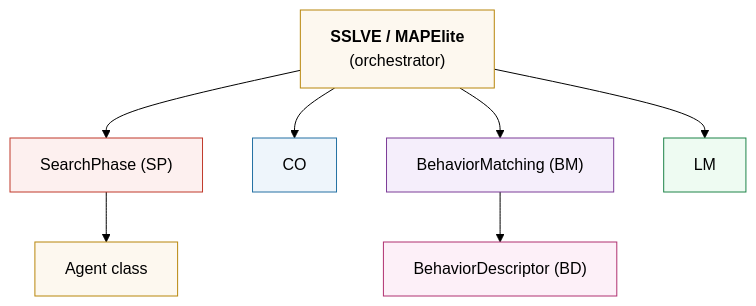
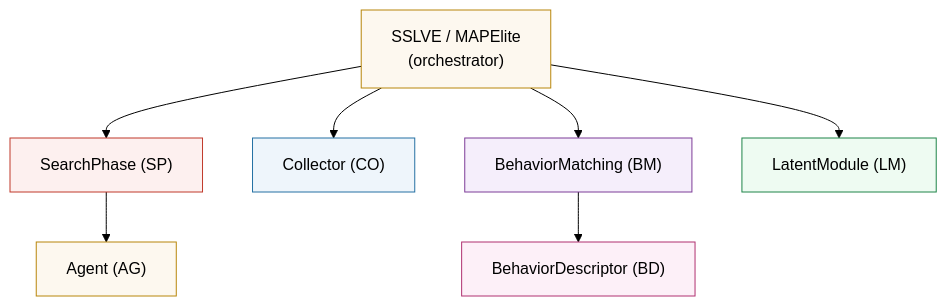
One commit to yugoguy/org changed the third of 3 diagrams in README.md. Above: the diagram before and after it, drawn with Mermaid (forest theme). The commit also changed other lines of this file, not shown here.

````diff
--- a/README.md
+++ b/README.md
@@ -52,19 +120,19 @@
 ```mermaid
 flowchart TD
-    SSLVE_O["<b>SSLVE / MAPElite</b><br/>(orchestrator)"]
-    SSLVE_O --> SP
-    SSLVE_O --> CO
-    SSLVE_O --> BM
-    SSLVE_O --> LM
+    ORCH["SSLVE / MAPElite\n(orchestrator)"]
+    ORCH --> SP["SearchPhase (SP)"]
+    ORCH --> CO["Collector (CO)"]
+    ORCH --> BM["BehaviorMatching (BM)"]
+    ORCH --> LM["LatentModule (LM)"]
 
-    SP["SearchPhase (SP)"] --> AG["Agent class"]
-    BM["BehaviorMatching (BM)"] --> BD["BehaviorDescriptor (BD)"]
+    SP --> AG["Agent (AG)"]
+    BM --> BD["BehaviorDescriptor (BD)"]
 
-    style SSLVE_O fill:#fdf8ef,stroke:#b8860b,color:#000
+    style ORCH fill:#fdf8ef,stroke:#b8860b,color:#000
     style SP fill:#fdf0ef,stroke:#c0392b,color:#000
     style CO fill:#eef5fb,stroke:#2471a3,color:#000
     style BM fill:#f5eefb,stroke:#7d3c98,color:#000
     style LM fill:#eefbf2,stroke:#1e8449,color:#000
     style AG fill:#fdf8ef,stroke:#b8860b,color:#000
     style BD fill:#fdf0f8,stroke:#b03070,color:#000
 ```
````
